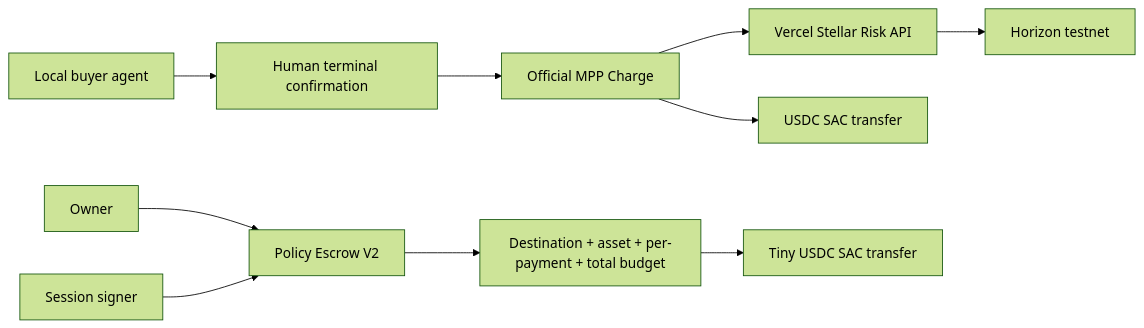
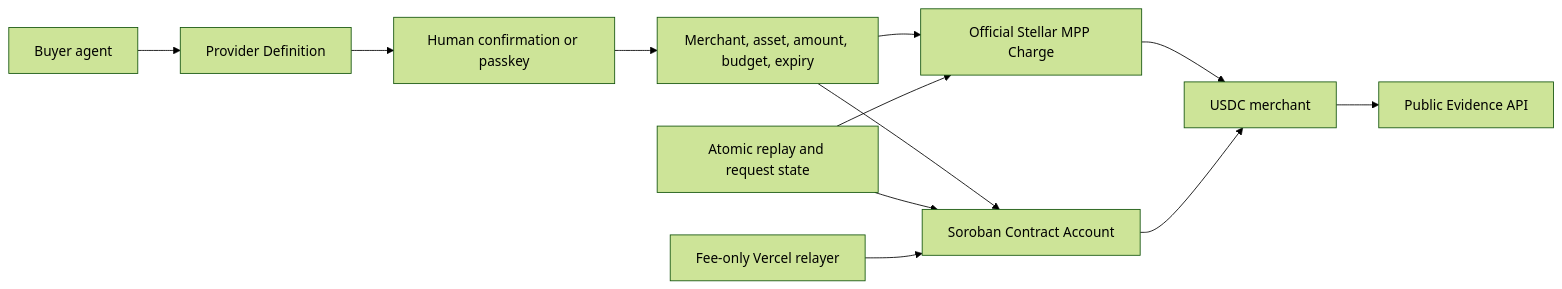
Before and after one commit to CaBsCrypto/stellar-agent-spend-hub: the diagram in docs/architecture.md, drawn with Mermaid (forest theme). The commit also changed other lines of this file and 19 other files, not shown here.

````diff
--- a/docs/architecture.md
+++ b/docs/architecture.md
@@ -88,13 +9,14 @@
 ```mermaid
 flowchart LR
-  Buyer["Local buyer agent"] --> Confirm["Human terminal confirmation"]
-  Confirm --> MPP["Official MPP Charge"]
-  MPP --> Seller["Vercel Stellar Risk API"]
-  Seller --> Horizon["Horizon testnet"]
-  MPP --> USDC["USDC SAC transfer"]
-
-  Owner["Owner"] --> Escrow["Policy Escrow V2"]
-  Session["Session signer"] --> Escrow
-  Escrow --> Rules["Destination + asset + per-payment + total budget"]
-  Rules --> EscrowUSDC["Tiny USDC SAC transfer"]
+  Agent["Buyer agent"] --> Directory["Provider Definition"]
+  Directory --> Authorization["Human confirmation or passkey"]
+  Authorization --> Policy["Merchant, asset, amount, budget, expiry"]
+  Policy --> MPP["Official Stellar MPP Charge"]
+  Policy --> Account["Soroban Contract Account"]
+  MPP --> Merchant["USDC merchant"]
+  Account --> Merchant
+  Merchant --> Evidence["Public Evidence API"]
+  Upstash["Atomic replay and request state"] --> MPP
+  Upstash --> Account
+  Relayer["Fee-only Vercel relayer"] --> Account
 ```
````
